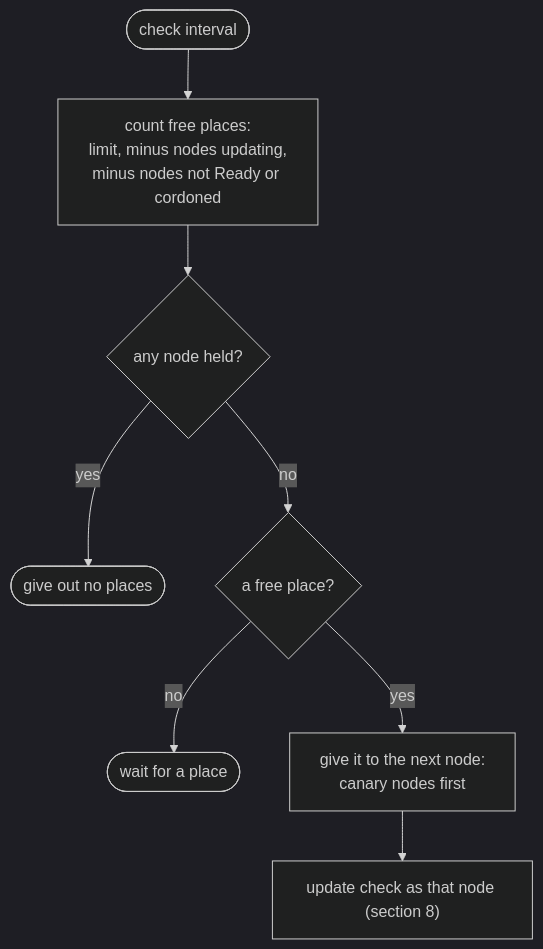
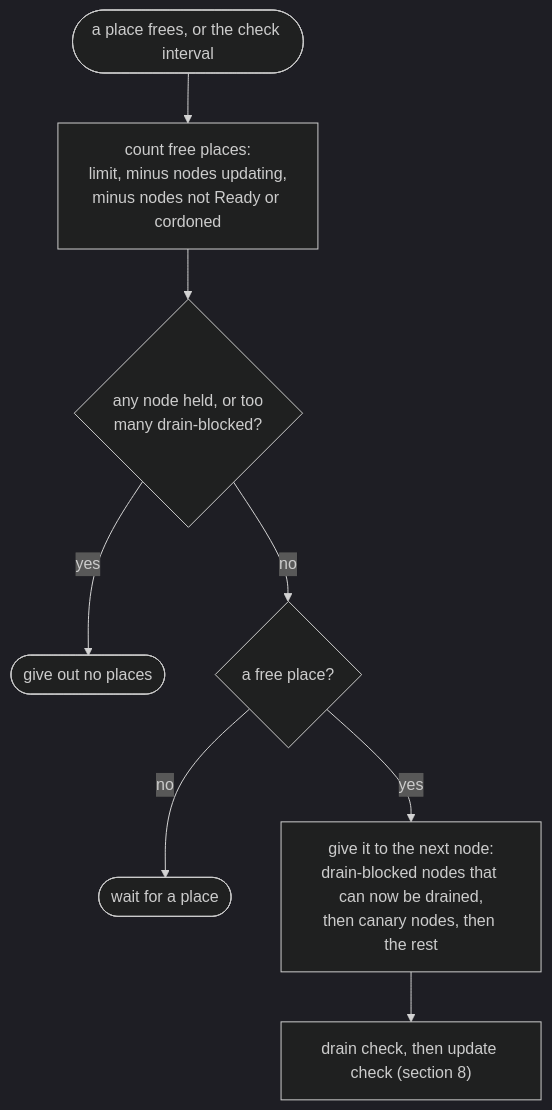
One commit to Azure/unbounded changed the third of 7 diagrams in designs/unbounded-acl-update.md. Above: the diagram before and after it, drawn with Mermaid (dark theme). The commit also changed other lines of this file, not shown here.

First line of the commit message:
docs(designs): settle how ACL updates drain nodes

````diff
--- a/designs/unbounded-acl-update.md
+++ b/designs/unbounded-acl-update.md
@@ -341,10 +347,10 @@
 ```mermaid
 flowchart TB
-    Start(["check interval"]) --> Count["count free places:<br/>limit, minus nodes updating,<br/>minus nodes not Ready or cordoned"]
-    Count --> Held{"any node held?"}
-    Held -->|yes| Wait(["give out no places"])
-    Held -->|no| Free{"a free place?"}
+    Start(["a place frees, or the check interval"]) --> Count["count free places:<br/>limit, minus nodes updating,<br/>minus nodes not Ready or cordoned"]
+    Count --> Stop{"any node held, or too<br/>many drain-blocked?"}
+    Stop -->|yes| Wait(["give out no places"])
+    Stop -->|no| Free{"a free place?"}
     Free -->|no| Wait2(["wait for a place"])
-    Free -->|yes| Pick["give it to the next node:<br/>canary nodes first"]
-    Pick --> Check["update check as that node (section 8)"]
+    Free -->|yes| Pick["give it to the next node:<br/>drain-blocked nodes that can now be drained,<br/>then canary nodes, then the rest"]
+    Pick --> Check["drain check, then update check (section 8)"]
 ```
````
